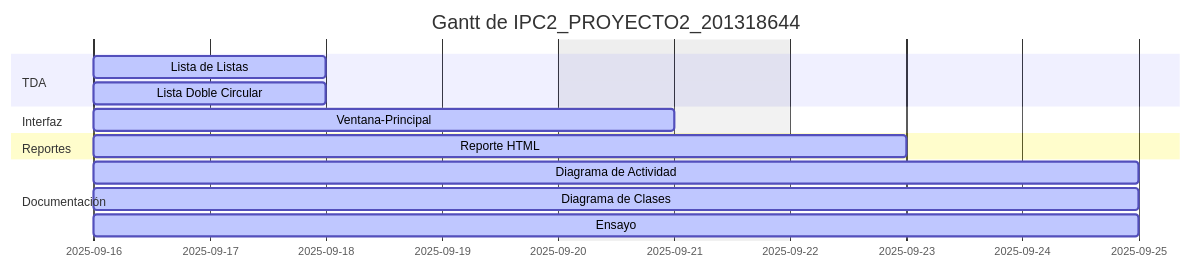
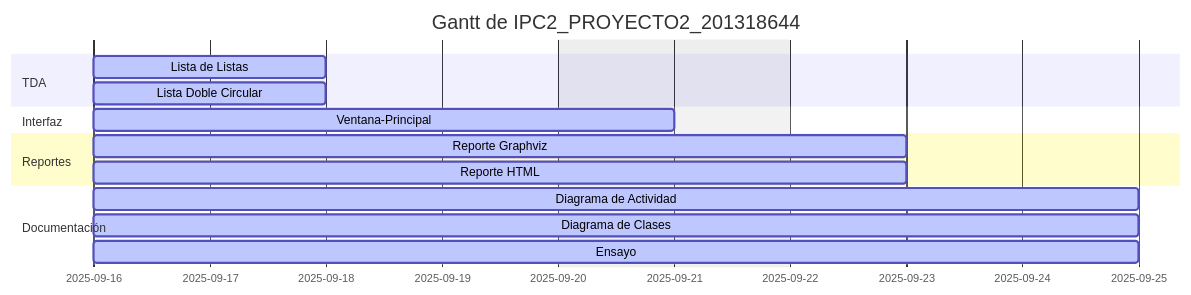
The diagram in docs/gantt.md (MynorCifuentes/GuateRiegos-2.0), drawn with Mermaid before and after one commit.

Commit message:
Actualiza diagrama de Gantt automático

````diff
--- a/docs/gantt.md
+++ b/docs/gantt.md
@@ -1,17 +1,18 @@
 ```mermaid
 gantt
     dateFormat  YYYY-MM-DD
     title Gantt de IPC2_PROYECTO2_201318644
     excludes    weekends
     section TDA
     Lista de Listas :active, 2, 2025-09-16, 2025-09-18
     Lista Doble Circular :active, 1, 2025-09-16, 2025-09-18
     section Interfaz
     Ventana-Principal :active, 3, 2025-09-16, 2025-09-21
     section Reportes
+    Reporte Graphviz :active, 8, 2025-09-16, 2025-09-23
     Reporte HTML :active, 7, 2025-09-16, 2025-09-23
     section Documentación
     Diagrama de Actividad :active, 6, 2025-09-16, 2025-09-25
     Diagrama de Clases :active, 5, 2025-09-16, 2025-09-25
     Ensayo :active, 4, 2025-09-16, 2025-09-25
 ```
````
